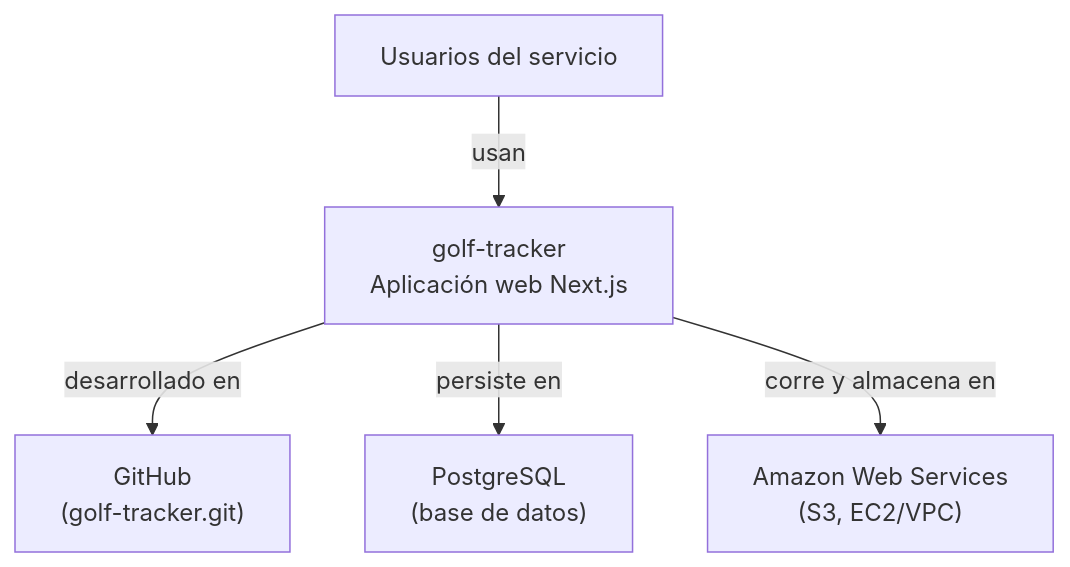
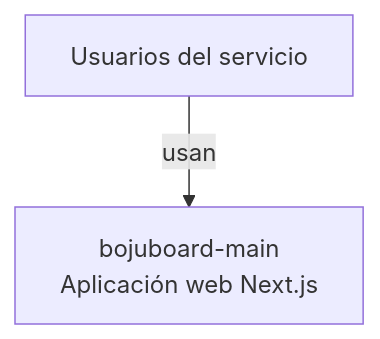
Before and after one commit to Andiso67/vibeaudit: the first of 2 diagrams in dashboard/public/deliverables/informe-central.md, drawn with Mermaid. The commit also changed other lines of this file and 11 other files, not shown here.

Commit message:
CI nativo (item 2 Sprint 6): workflow GitHub Actions de auditoria solo lectura con artefactos (reporte, sonar-issues, historial); publica datos E2E de bojuboard en el dashboard; tests 319

````diff
--- a/dashboard/public/deliverables/informe-central.md
+++ b/dashboard/public/deliverables/informe-central.md
@@ -33,12 +33,6 @@
 ```mermaid
 flowchart TD
-    SYS["golf-tracker<br/>Aplicación web Next.js"]
+    SYS["bojuboard-main<br/>Aplicación web Next.js"]
     U["Usuarios del servicio"]
     U -->|usan| SYS
-    GH["GitHub<br/>(golf-tracker.git)"]
-    SYS -->|desarrollado en| GH
-    DB["PostgreSQL<br/>(base de datos)"]
-    SYS -->|persiste en| DB
-    AWS["Amazon Web Services<br/>(S3, EC2/VPC)"]
-    SYS -->|corre y almacena en| AWS
 ```
````
